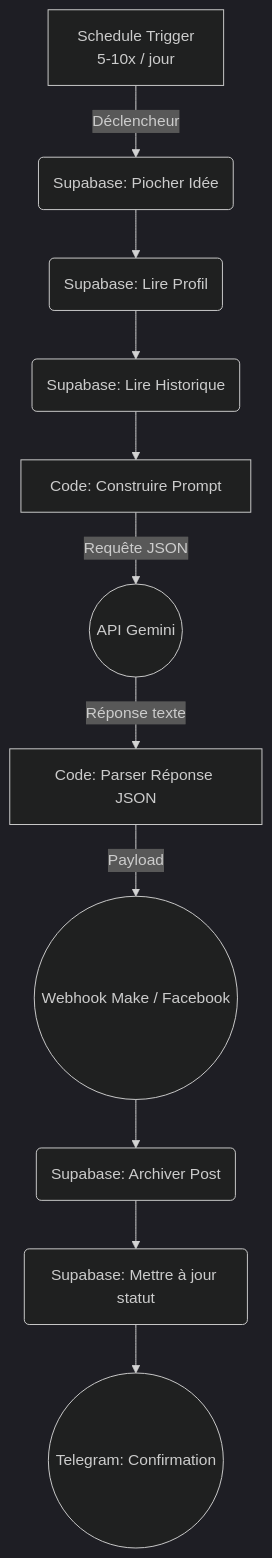
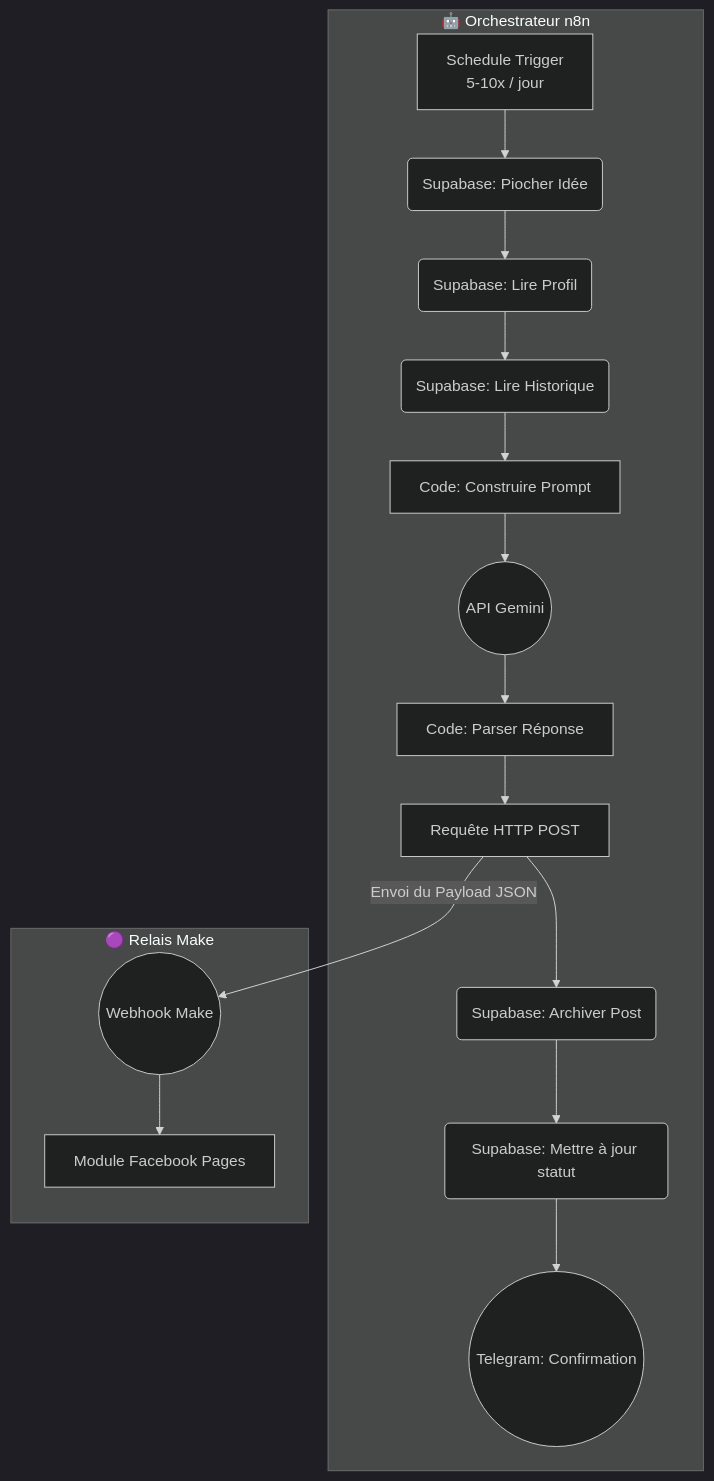
Before and after one commit to Salim698/AI-Social-Media-Agent-Auto-Poster: the diagram in README.md, drawn with Mermaid (dark theme). The commit also changed other lines of this file, not shown here.

````diff
--- a/README.md
+++ b/README.md
@@ -17,13 +17,21 @@
 ```mermaid
 graph TD
-A[Schedule Trigger <br/> 5-10x / jour] -->|Déclencheur| B(Supabase: Piocher Idée)
-B --> C(Supabase: Lire Profil)
-C --> D(Supabase: Lire Historique)
-D --> E[Code: Construire Prompt]
-E -->|Requête JSON| F((API Gemini))
-F -->|Réponse texte| G[Code: Parser Réponse JSON]
-G -->|Payload| H((Webhook Make / Facebook))
-H --> I(Supabase: Archiver Post)
-I --> J(Supabase: Mettre à jour statut)
-J --> K((Telegram: Confirmation))
+    subgraph n8n [🤖 Orchestrateur n8n]
+        A[Schedule Trigger <br/> 5-10x / jour] --> B(Supabase: Piocher Idée)
+        B --> C(Supabase: Lire Profil)
+        C --> D(Supabase: Lire Historique)
+        D --> E[Code: Construire Prompt]
+        E --> F((API Gemini))
+        F --> G[Code: Parser Réponse]
+        G --> H[Requête HTTP POST]
+        H --> I(Supabase: Archiver Post)
+        I --> J(Supabase: Mettre à jour statut)
+        J --> K((Telegram: Confirmation))
+    end
+
+    subgraph Make [🟣 Relais Make]
+        L((Webhook Make)) --> M[Module Facebook Pages]
+    end
+
+    H -->|Envoi du Payload JSON| L
 ```
````
